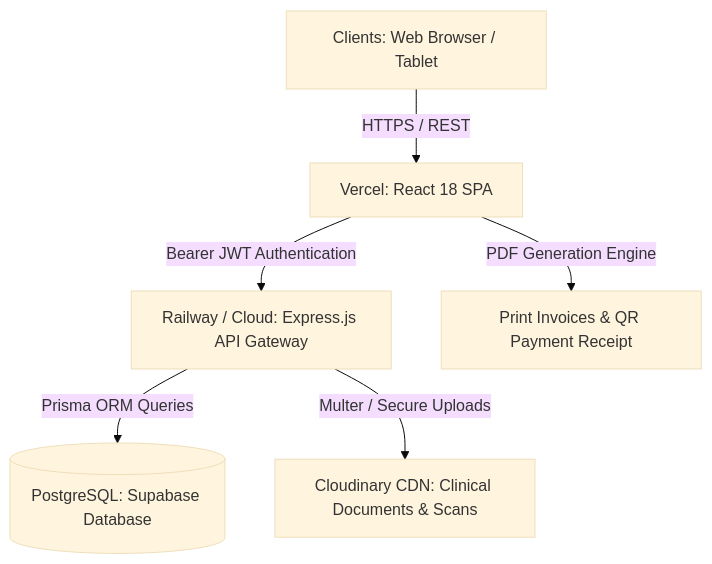
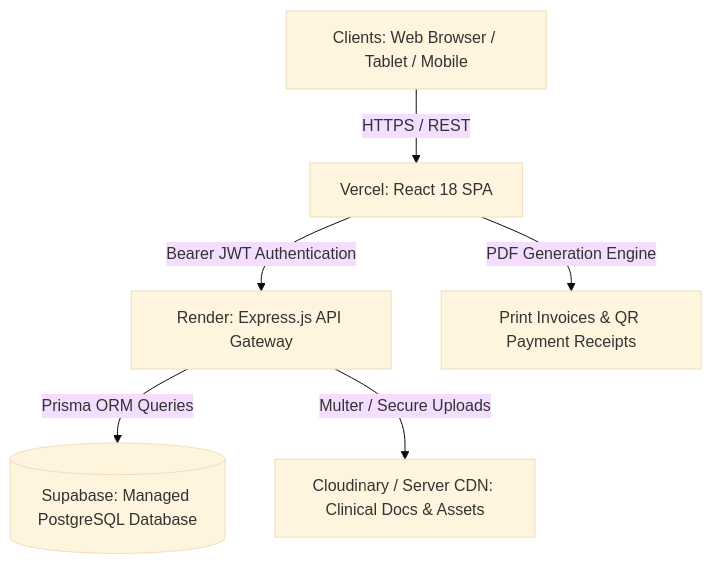
One commit to Shekhar1811/DocDesk changed the diagram in README.md. Above: the diagram before and after it, drawn with Mermaid (base theme). The commit also changed other lines of this file, not shown here.

Commit message:
docs: update README with DocDesk banner, live URLs, and Render deployment guide

````diff
--- a/README.md
+++ b/README.md
@@ -30,8 +35,8 @@
 ```mermaid
 graph TD
-    A[Clients: Web Browser / Tablet] -->|HTTPS / REST| B[Vercel: React 18 SPA]
-    B -->|Bearer JWT Authentication| C[Railway / Cloud: Express.js API Gateway]
-    C -->|Prisma ORM Queries| D[(PostgreSQL: Supabase Database)]
-    C -->|Multer / Secure Uploads| E[Cloudinary CDN: Clinical Documents & Scans]
-    B -->|PDF Generation Engine| F[Print Invoices & QR Payment Receipt]
+    A[Clients: Web Browser / Tablet / Mobile] -->|HTTPS / REST| B[Vercel: React 18 SPA]
+    B -->|Bearer JWT Authentication| C[Render: Express.js API Gateway]
+    C -->|Prisma ORM Queries| D[(Supabase: Managed PostgreSQL Database)]
+    C -->|Multer / Secure Uploads| E[Cloudinary / Server CDN: Clinical Docs & Assets]
+    B -->|PDF Generation Engine| F[Print Invoices & QR Payment Receipts]
 ```
````
